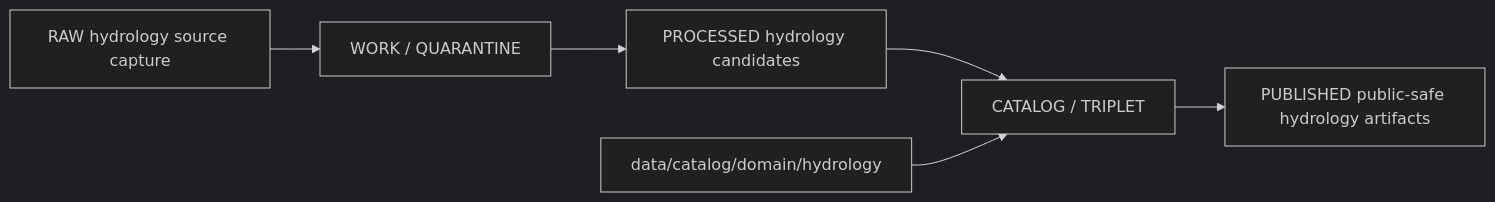
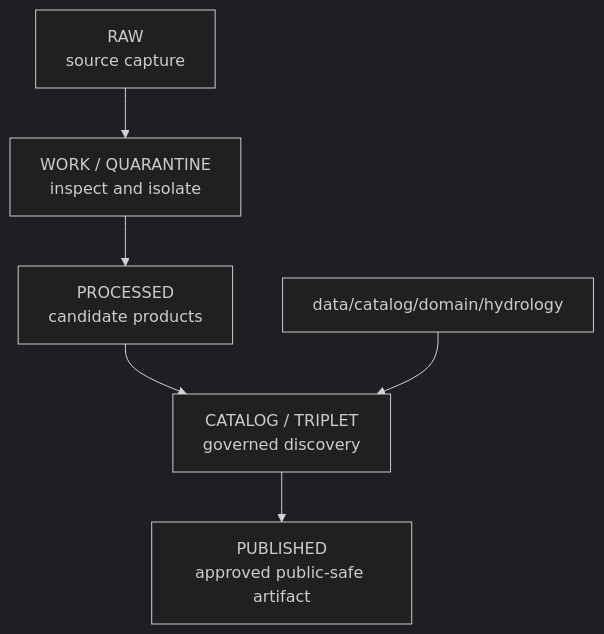
One commit to bartytime4life/Kansas-Frontier-Matrix changed the diagram in data/catalog/domain/hydrology/README.md. Above: the diagram before and after it, drawn with Mermaid (dark theme). The commit also changed other lines of this file, not shown here.

Commit message:
docs(hydrology): modernize domain catalog README

````diff
--- a/data/catalog/domain/hydrology/README.md
+++ b/data/catalog/domain/hydrology/README.md
@@ -70,8 +118,8 @@
 ```mermaid
-flowchart LR
-  RAW[RAW hydrology source capture] --> WORK[WORK / QUARANTINE]
-  WORK --> PROCESSED[PROCESSED hydrology candidates]
-  PROCESSED --> CATALOG[CATALOG / TRIPLET]
-  CATALOG --> PUBLISHED[PUBLISHED public-safe hydrology artifacts]
-  DOMAIN[data/catalog/domain/hydrology] --> CATALOG
+flowchart TD
+  RAW["RAW<br/>source capture"] --> WQ["WORK / QUARANTINE<br/>inspect and isolate"]
+  WQ --> PROCESSED["PROCESSED<br/>candidate products"]
+  PROCESSED --> CATALOG["CATALOG / TRIPLET<br/>governed discovery"]
+  CATALOG --> PUBLISHED["PUBLISHED<br/>approved public-safe artifact"]
+  DOMAIN["data/catalog/domain/hydrology"] --> CATALOG
 ```
````
